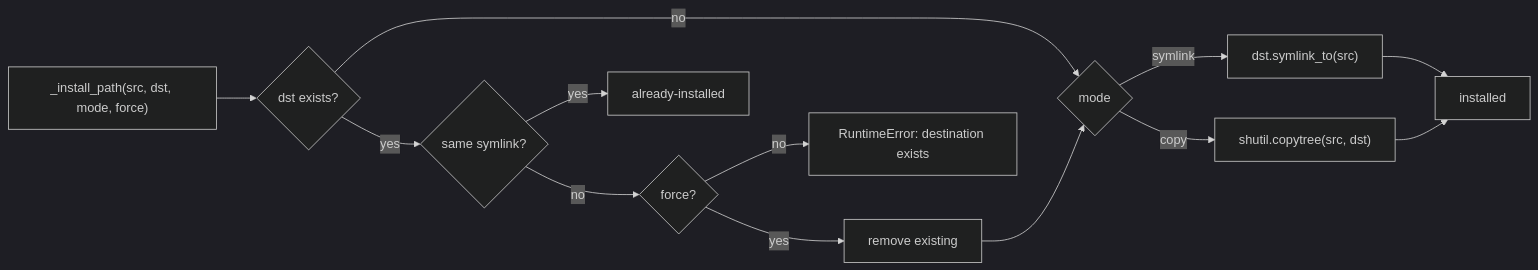
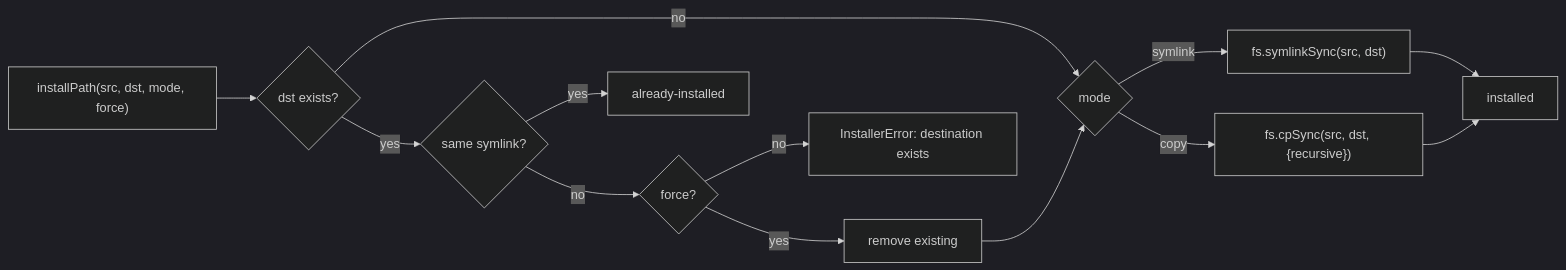
The third of 4 diagrams in architecture/04-installer-plugin.md (freibergergarcia/phone-a-friend), drawn with Mermaid (dark theme) before and after one commit. The commit also changed other lines of this file and 81 other files, not shown here.

````diff
--- a/architecture/04-installer-plugin.md
+++ b/architecture/04-installer-plugin.md
@@ -63,15 +63,15 @@
 ```mermaid
 flowchart LR
-  A["_install_path(src, dst, mode, force)"] --> B{dst exists?}
+  A["installPath(src, dst, mode, force)"] --> B{dst exists?}
   B -- no --> C{mode}
   B -- yes --> D{same symlink?}
   D -- yes --> E["already-installed"]
   D -- no --> F{force?}
-  F -- no --> G["RuntimeError: destination exists"]
+  F -- no --> G["InstallerError: destination exists"]
   F -- yes --> H[remove existing]
   H --> C
-  C -- symlink --> I["dst.symlink_to(src)"]
-  C -- copy --> J["shutil.copytree(src, dst)"]
+  C -- symlink --> I["fs.symlinkSync(src, dst)"]
+  C -- copy --> J["fs.cpSync(src, dst, {recursive})"]
   I --> K["installed"]
   J --> K
 ```
````
